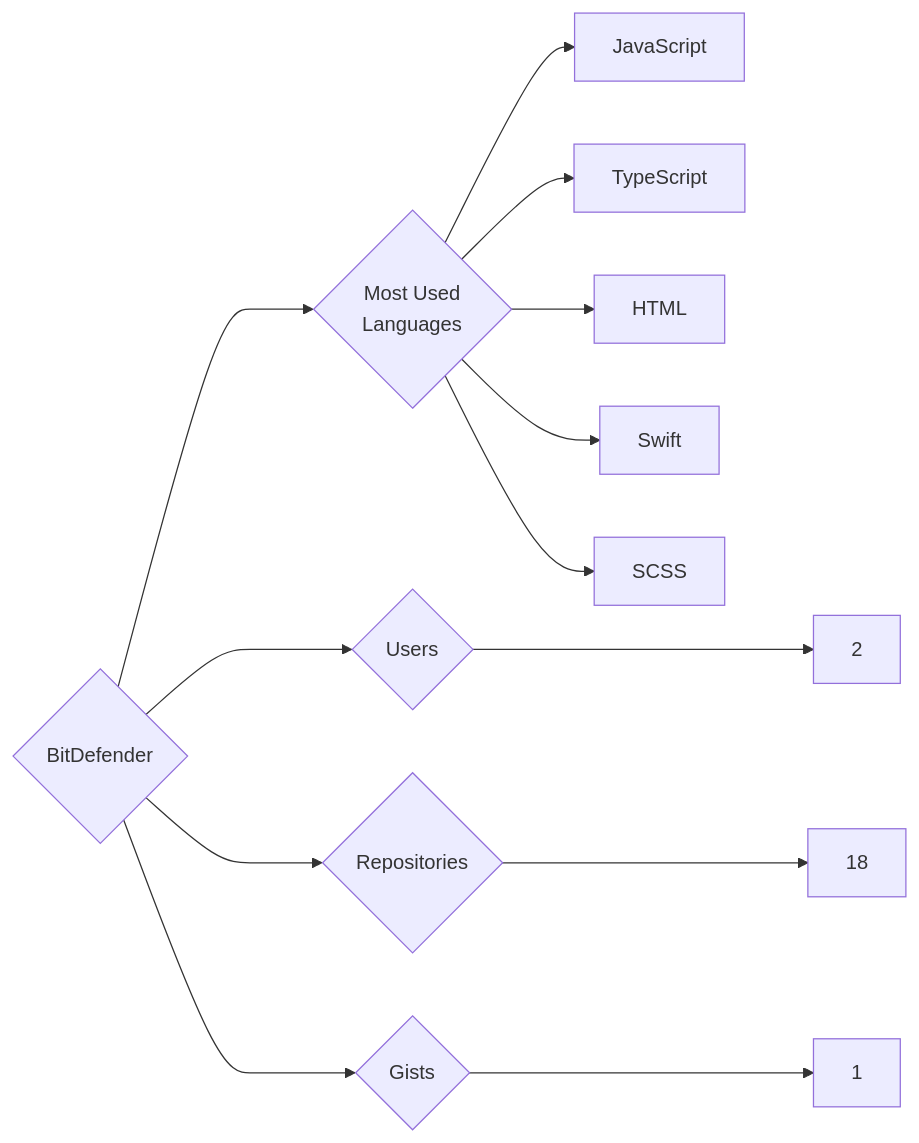
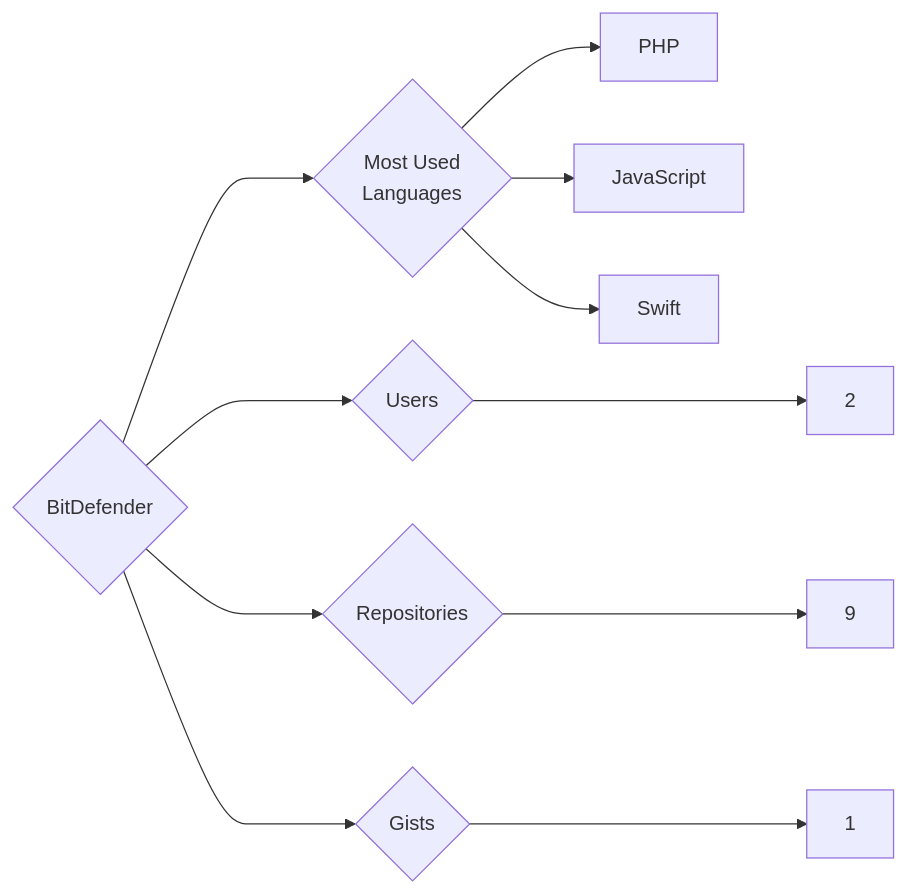
Before and after one commit to trickest/insiders: the diagram in targets/BitDefender/README.md, drawn with Mermaid. The commit also changed 865 other files, not shown here.

````diff
--- a/targets/BitDefender/README.md
+++ b/targets/BitDefender/README.md
@@ -3,13 +3,11 @@
 ```mermaid
 graph LR
 COMPANY_NAME{BitDefender}
 COMPANY_NAME ---> U{Users} ---> UN[2]
-COMPANY_NAME ---> R{Repositories} ---> RN[18]
+COMPANY_NAME ---> R{Repositories} ---> RN[9]
 COMPANY_NAME ---> G{Gists} ---> GN[1]
 COMPANY_NAME ---> ML{Most Used<br>Languages}
+ML --> PHP[PHP]
 ML --> JavaScript[JavaScript]
-ML --> TypeScript[TypeScript]
-ML --> HTML[HTML]
 ML --> Swift[Swift]
-ML --> SCSS[SCSS]
 ```
````
